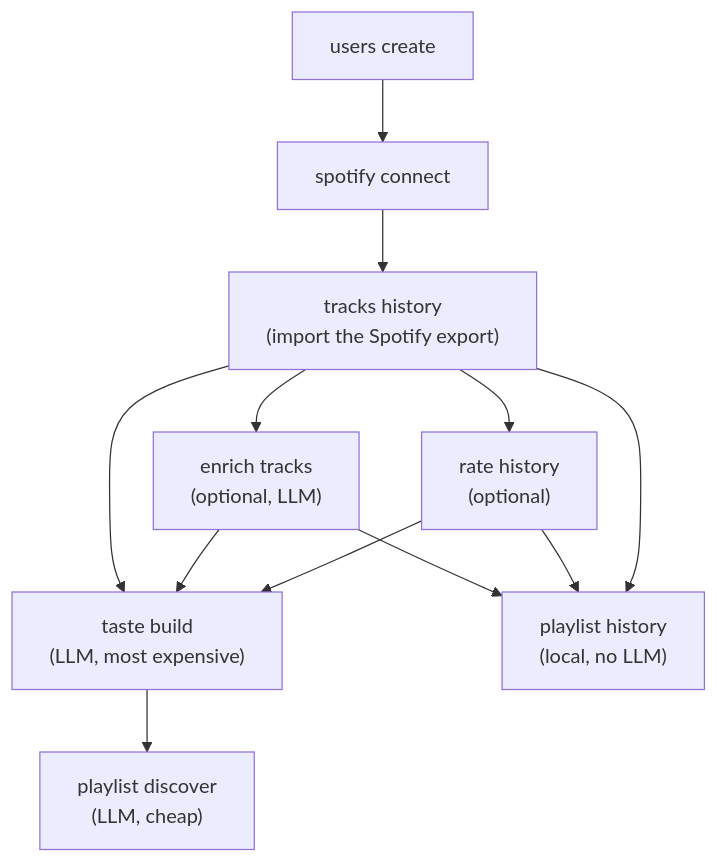
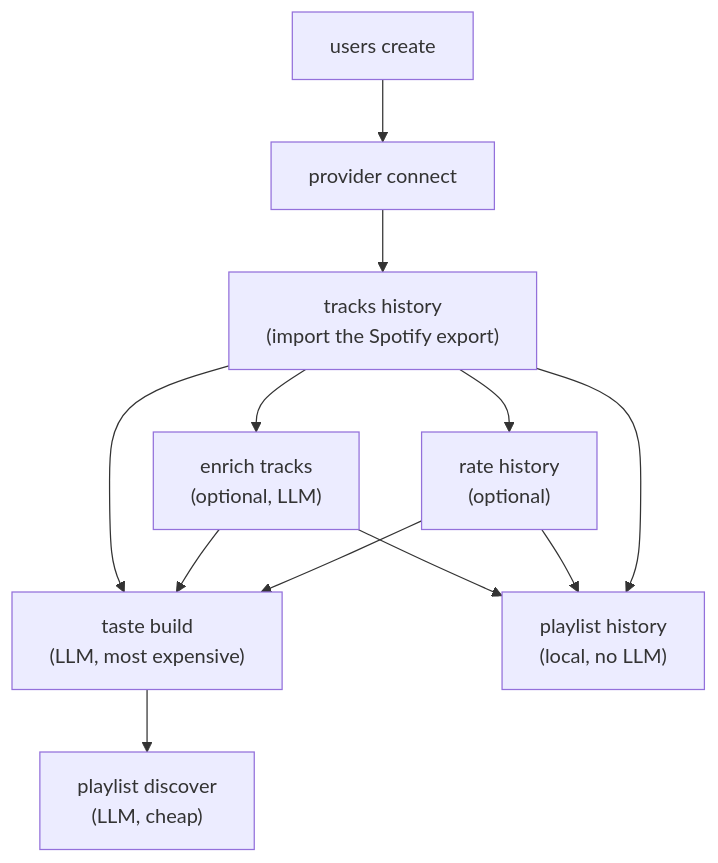
One commit to ychab/museflow changed the diagram in docs/user-guide/index.md. Above: the diagram before and after it, drawn with Mermaid. The commit also changed other lines of this file and 5 other files, not shown here.

````diff
--- a/docs/user-guide/index.md
+++ b/docs/user-guide/index.md
@@ -23,14 +23,14 @@
 ```mermaid
 flowchart TD
-    A["users create"] --> B["spotify connect"]
+    A["users create"] --> B["provider connect"]
     B --> C["tracks history<br/>(import the Spotify export)"]
     C --> D["rate history<br/>(optional)"]
     C --> E["enrich tracks<br/>(optional, LLM)"]
     D --> F["taste build<br/>(LLM, most expensive)"]
     E --> F
     C --> F
     F --> G["playlist discover<br/>(LLM, cheap)"]
     C --> H["playlist history<br/>(local, no LLM)"]
     D --> H
     E --> H
 ```
````
